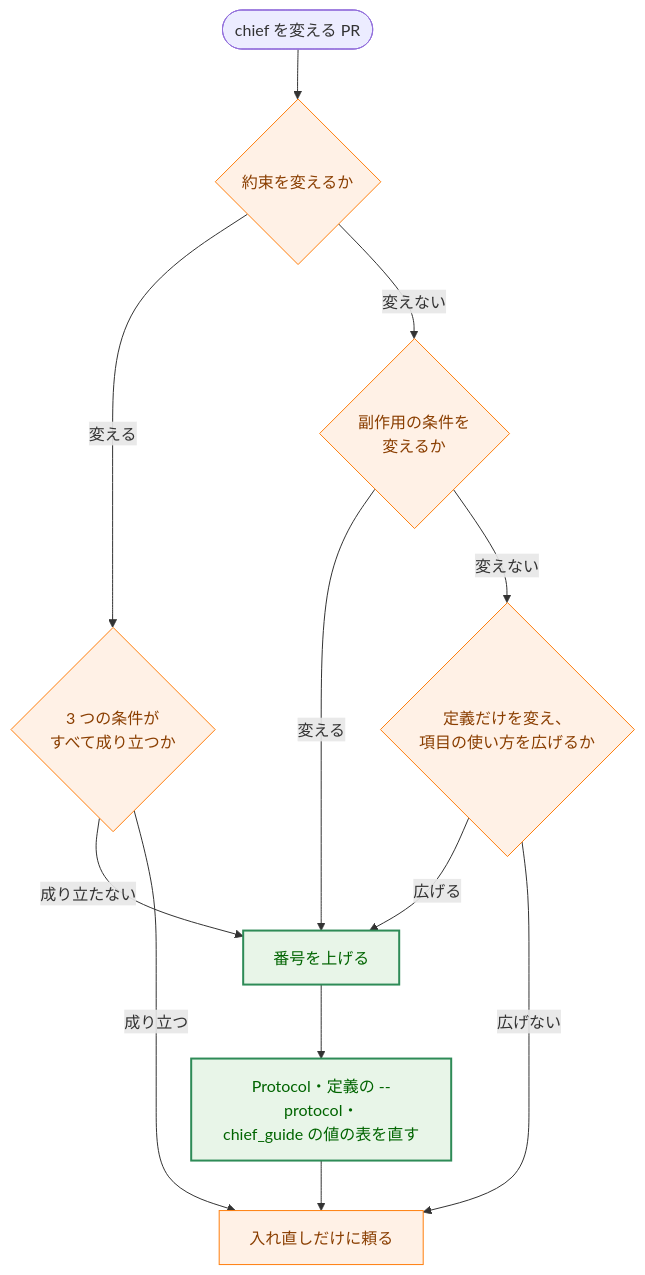
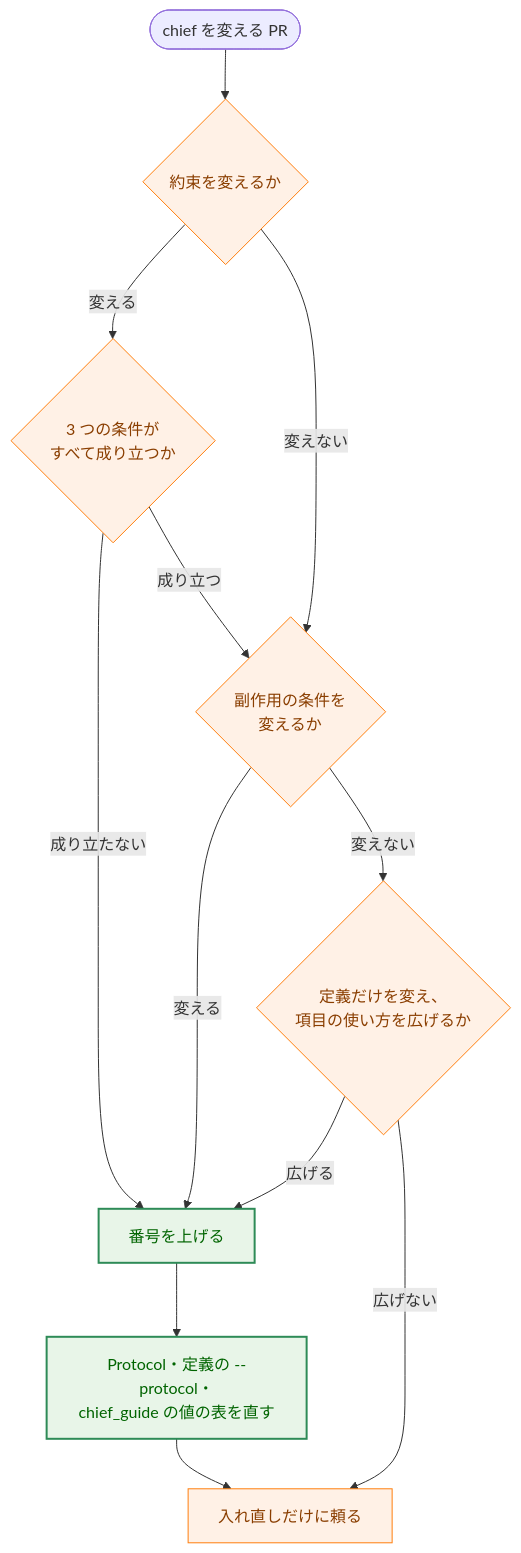
Before and after one commit to isseis/yt2column: the second of 2 diagrams in docs/dev/chief_architecture.md, drawn with Mermaid. The commit also changed other lines of this file and 1 other file, not shown here.

Commit message:
docs(0117): fix the local CLI review findings
Say that a list the tool could not read is null (the detail's reviews and
checks), as the common rule had claimed every list is an empty array. Send
the flow diagram's "the three conditions hold" branch through the
side-effect test, so a PR that both changes the contract and loosens a send
condition still raises the number. Check every changed *_test.go in the
AC-22 script, a deleted one included, instead of hiding deletions from the
first check.

````diff
--- a/docs/dev/chief_architecture.md
+++ b/docs/dev/chief_architecture.md
@@ -844,20 +844,20 @@
 ```mermaid
 flowchart TD
     classDef process fill:#fff1e6,stroke:#ff7f0e,stroke-width:1px,color:#8a3e00;
     classDef enhanced fill:#e8f5e8,stroke:#2e8b57,stroke-width:2px,color:#006400;
 
     Start(["chief を変える PR"]) --> Contract{"約束を変えるか"}
     Contract -->|"変える"| Conditions{"3 つの条件が<br>すべて成り立つか"}
     Conditions -->|"成り立たない"| Raise["番号を上げる"]
-    Conditions -->|"成り立つ"| Reinstall
+    Conditions -->|"成り立つ"| Side
     Contract -->|"変えない"| Side{"副作用の条件を<br>変えるか"}
     Side -->|"変える"| Raise
     Side -->|"変えない"| Definition{"定義だけを変え、<br>項目の使い方を広げるか"}
     Definition -->|"広げる"| Raise
     Definition -->|"広げない"| Reinstall["入れ直しだけに頼る"]
     Raise --> Places["Protocol・定義の --protocol・<br>chief_guide の値の表を直す"]
     Places --> Reinstall
 
     class Raise,Places enhanced
     class Contract,Conditions,Side,Definition,Reinstall process
 ```
````
